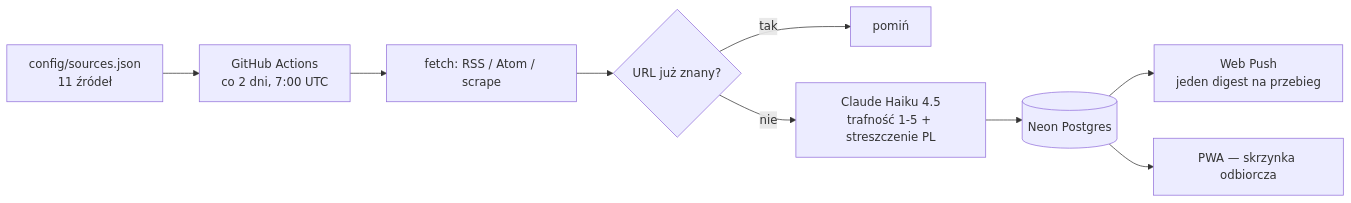
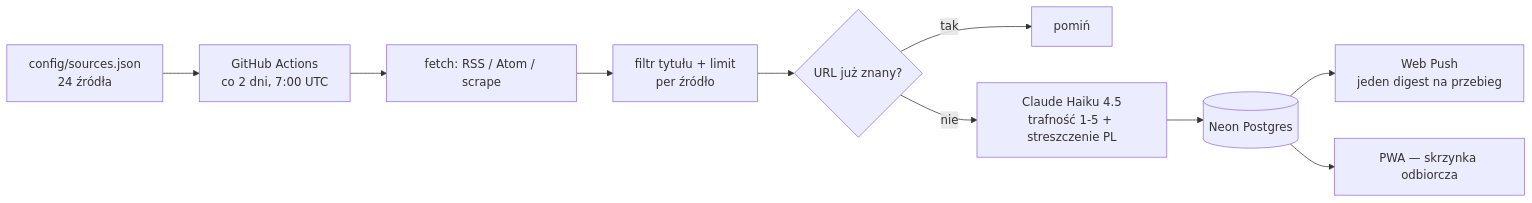
One commit to Blazej90/devpuls changed the diagram in README.md. Above: the diagram before and after it, drawn with Mermaid. The commit also changed other lines of this file and 13 other files, not shown here.

````diff
--- a/README.md
+++ b/README.md
@@ -16,11 +16,12 @@
 ```mermaid
 flowchart LR
-  A["config/sources.json<br/>11 źródeł"] --> B["GitHub Actions<br/>co 2 dni, 7:00 UTC"]
+  A["config/sources.json<br/>24 źródła"] --> B["GitHub Actions<br/>co 2 dni, 7:00 UTC"]
   B --> C["fetch: RSS / Atom / scrape"]
-  C --> D{"URL już znany?"}
+  C --> P["filtr tytułu + limit<br/>per źródło"]
+  P --> D{"URL już znany?"}
   D -- tak --> X["pomiń"]
   D -- nie --> E["Claude Haiku 4.5<br/>trafność 1-5 + streszczenie PL"]
   E --> F[("Neon Postgres")]
   F --> G["Web Push<br/>jeden digest na przebieg"]
   F --> H["PWA — skrzynka odbiorcza"]
 ```
````
